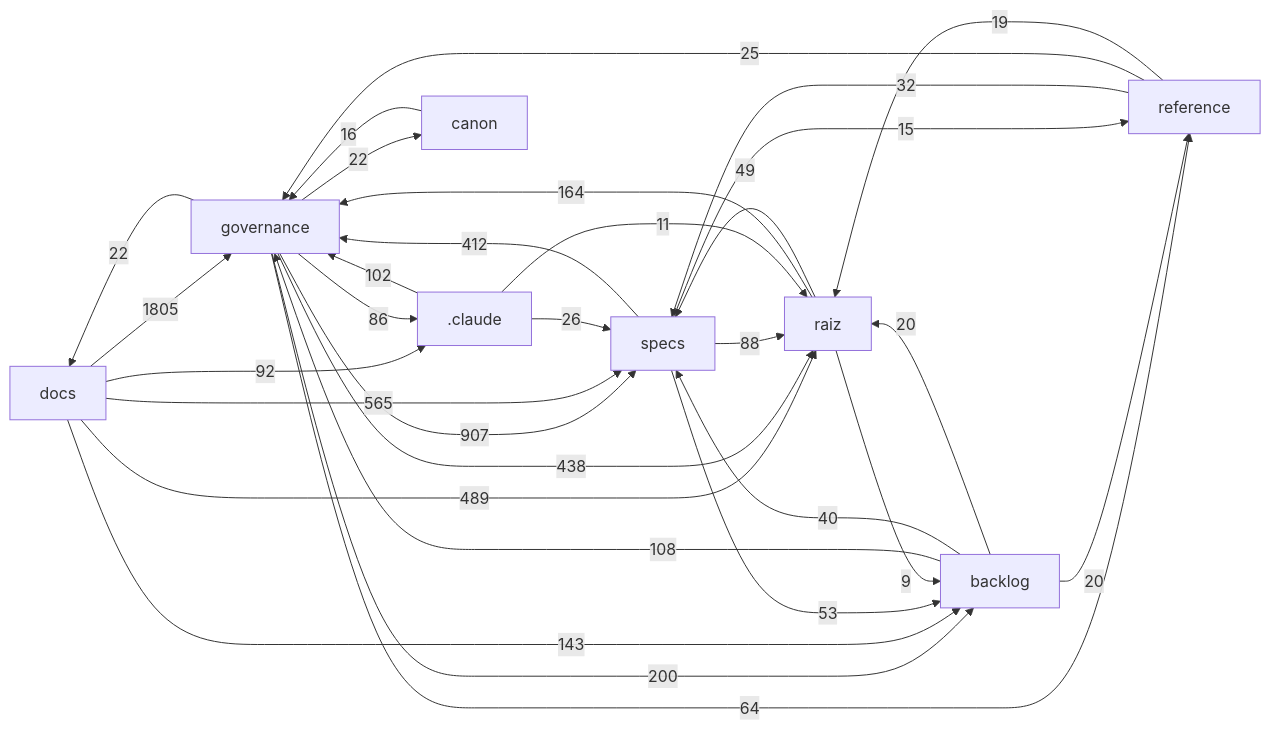
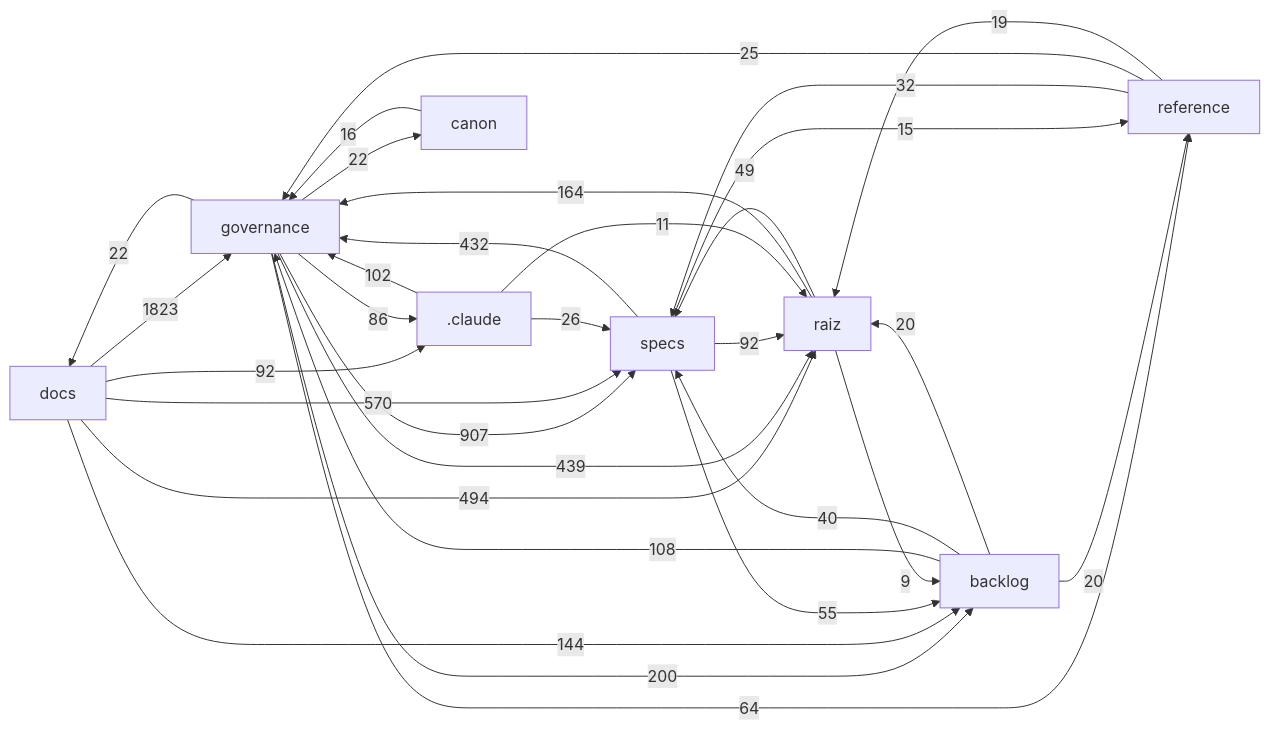
Before and after one commit to Andraus35/Sistema-Operacional-de-Trading--SOT: the diagram in docs/mapa/MAPA-PROJETO.md, drawn with Mermaid. The commit also changed other lines of this file and 27 other files, not shown here.

````diff
--- a/docs/mapa/MAPA-PROJETO.md
+++ b/docs/mapa/MAPA-PROJETO.md
@@ -29,33 +29,33 @@
 ```mermaid
 flowchart LR
-  docs["docs"] -->|1805| governance["governance"]
+  docs["docs"] -->|1823| governance["governance"]
   governance["governance"] -->|907| specs["specs"]
-  docs["docs"] -->|565| specs["specs"]
-  docs["docs"] -->|489| raiz["raiz"]
-  governance["governance"] -->|438| raiz["raiz"]
-  specs["specs"] -->|412| governance["governance"]
+  docs["docs"] -->|570| specs["specs"]
+  docs["docs"] -->|494| raiz["raiz"]
+  governance["governance"] -->|439| raiz["raiz"]
+  specs["specs"] -->|432| governance["governance"]
   governance["governance"] -->|200| backlog["backlog"]
   raiz["raiz"] -->|164| governance["governance"]
-  docs["docs"] -->|143| backlog["backlog"]
+  docs["docs"] -->|144| backlog["backlog"]
   backlog["backlog"] -->|108| governance["governance"]
   _claude[".claude"] -->|102| governance["governance"]
   docs["docs"] -->|92| _claude[".claude"]
-  specs["specs"] -->|88| raiz["raiz"]
+  specs["specs"] -->|92| raiz["raiz"]
   governance["governance"] -->|86| _claude[".claude"]
   governance["governance"] -->|64| reference["reference"]
-  specs["specs"] -->|53| backlog["backlog"]
+  specs["specs"] -->|55| backlog["backlog"]
   raiz["raiz"] -->|49| specs["specs"]
   backlog["backlog"] -->|40| specs["specs"]
   reference["reference"] -->|32| specs["specs"]
   _claude[".claude"] -->|26| specs["specs"]
   reference["reference"] -->|25| governance["governance"]
   governance["governance"] -->|22| docs["docs"]
   governance["governance"] -->|22| canon["canon"]
   backlog["backlog"] -->|20| raiz["raiz"]
   backlog["backlog"] -->|20| reference["reference"]
   reference["reference"] -->|19| raiz["raiz"]
   canon["canon"] -->|16| governance["governance"]
   specs["specs"] -->|15| reference["reference"]
   _claude[".claude"] -->|11| raiz["raiz"]
   raiz["raiz"] -->|9| backlog["backlog"]
 ```
````
